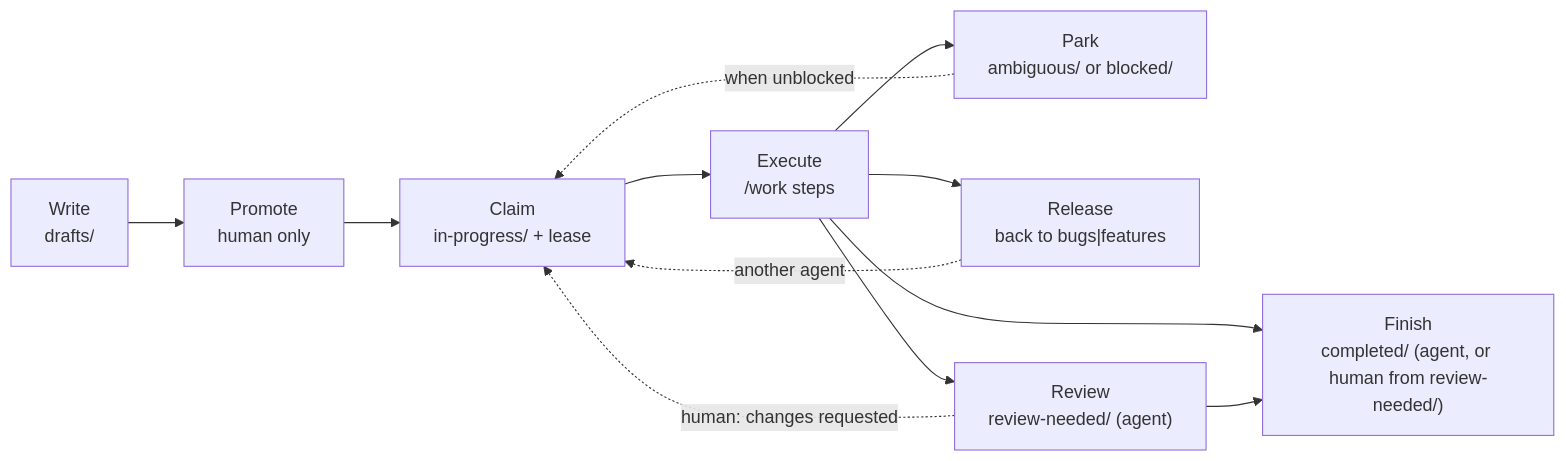
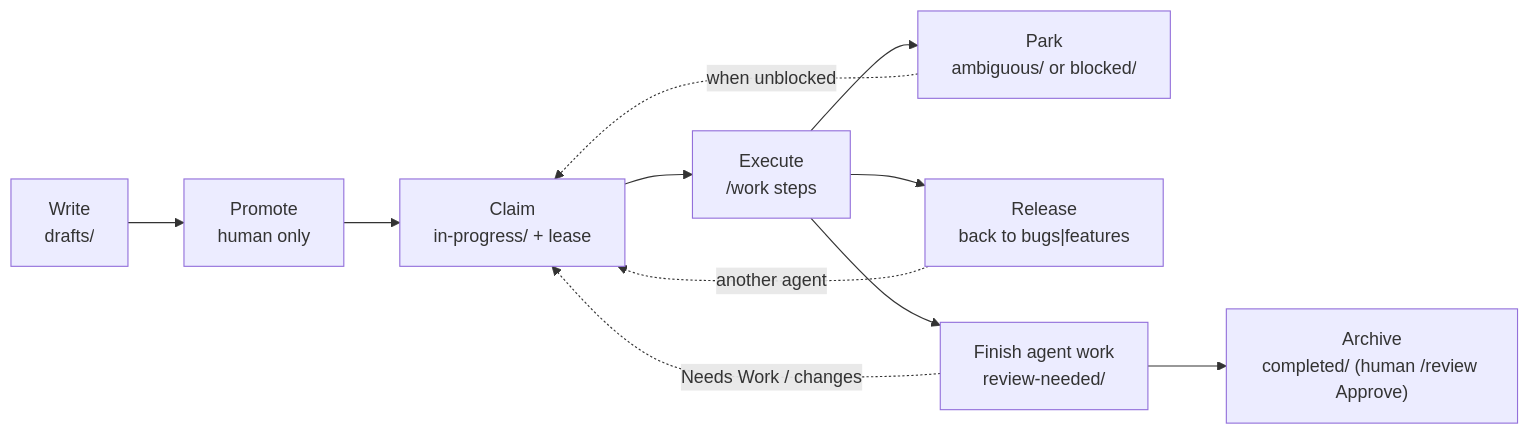
One commit to carefreeinv/anchor changed the second of 2 diagrams in docs/docs/skills/work.md. Above: the diagram before and after it, drawn with Mermaid. The commit also changed other lines of this file and 22 other files, not shown here.

First line of the commit message:
Make agent finish always land in review-needed/

````diff
--- a/docs/docs/skills/work.md
+++ b/docs/docs/skills/work.md
@@ -97,23 +96,22 @@
 ```mermaid
 flowchart LR
   write["Write<br/>drafts/"]
   promote["Promote<br/>human only"]
   claim["Claim<br/>in-progress/ + lease"]
   exec["Execute<br/>/work steps"]
   park["Park<br/>ambiguous/ or blocked/"]
   release["Release<br/>back to bugs|features"]
-  review["Review<br/>review-needed/ (agent)"]
-  finish["Finish<br/>completed/ (agent, or human from review-needed/)"]
+  review["Finish agent work<br/>review-needed/"]
+  finish["Archive<br/>completed/ (human /review Approve)"]
 
   write --> promote
   promote --> claim
   claim --> exec
-  exec --> finish
   exec --> review
   exec --> park
   exec --> release
   review --> finish
-  review -.->|"human: changes requested"| claim
+  review -.->|"Needs Work / changes"| claim
   park -.->|"when unblocked"| claim
   release -.->|"another agent"| claim
 ```
````
